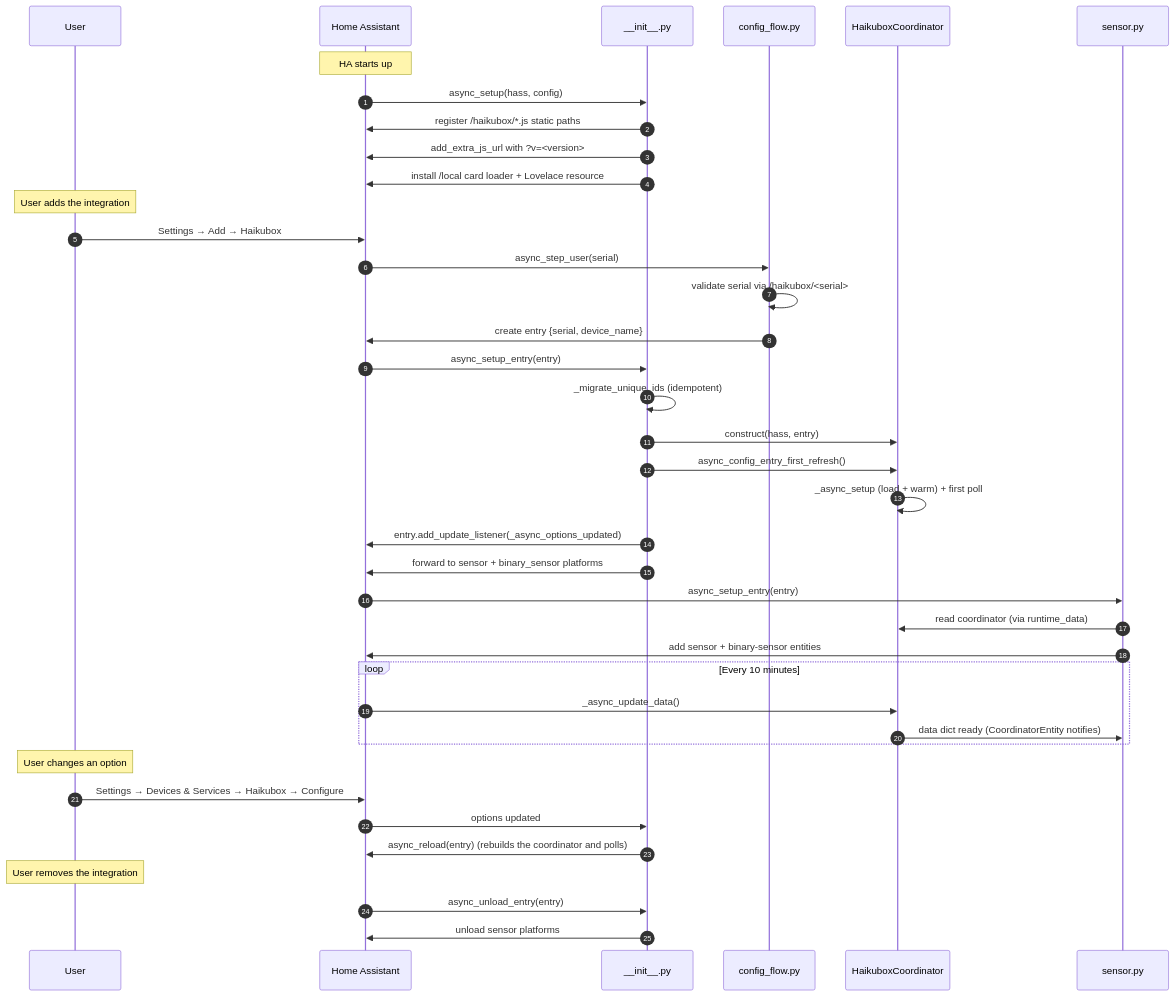
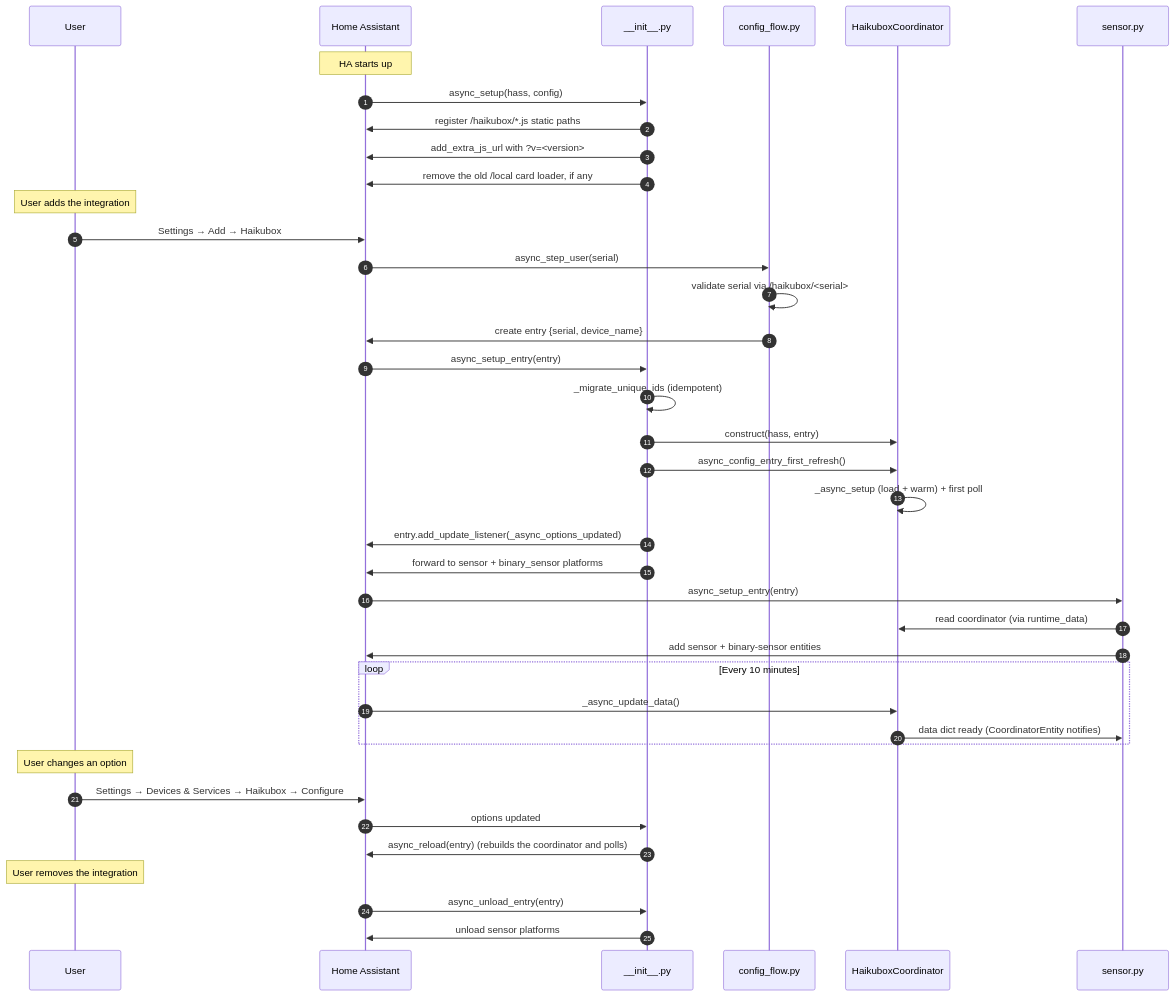
Before and after one commit to eklundjon/ha-haikubox: the third of 3 diagrams in docs/architecture.md, drawn with Mermaid. The commit also changed other lines of this file and 11 other files, not shown here.

````diff
--- a/docs/architecture.md
+++ b/docs/architecture.md
@@ -201,47 +197,47 @@
 ```mermaid
 sequenceDiagram
     autonumber
     participant User
     participant HA as Home Assistant
     participant Init as __init__.py
     participant CF as config_flow.py
     participant Coord as HaikuboxCoordinator
     participant Sensor as sensor.py
 
     Note over HA: HA starts up
     HA->>Init: async_setup(hass, config)
     Init->>HA: register /haikubox/*.js static paths
     Init->>HA: add_extra_js_url with ?v=<version>
-    Init->>HA: install /local card loader + Lovelace resource
+    Init->>HA: remove the old /local card loader, if any
 
     Note over User: User adds the integration
     User->>HA: Settings → Add → Haikubox
     HA->>CF: async_step_user(serial)
     CF->>CF: validate serial via /haikubox/<serial>
     CF->>HA: create entry {serial, device_name}
 
     HA->>Init: async_setup_entry(entry)
     Init->>Init: _migrate_unique_ids (idempotent)
     Init->>Coord: construct(hass, entry)
     Init->>Coord: async_config_entry_first_refresh()
     Coord->>Coord: _async_setup (load + warm) + first poll
     Init->>HA: entry.add_update_listener(_async_options_updated)
     Init->>HA: forward to sensor + binary_sensor platforms
     HA->>Sensor: async_setup_entry(entry)
     Sensor->>Coord: read coordinator (via runtime_data)
     Sensor->>HA: add sensor + binary-sensor entities
 
     loop Every 10 minutes
         HA->>Coord: _async_update_data()
         Coord->>Sensor: data dict ready (CoordinatorEntity notifies)
     end
 
     Note over User: User changes an option
     User->>HA: Settings → Devices & Services → Haikubox → Configure
     HA->>Init: options updated
     Init->>HA: async_reload(entry) (rebuilds the coordinator and polls)
 
     Note over User: User removes the integration
     HA->>Init: async_unload_entry(entry)
     Init->>HA: unload sensor platforms
 ```
````
